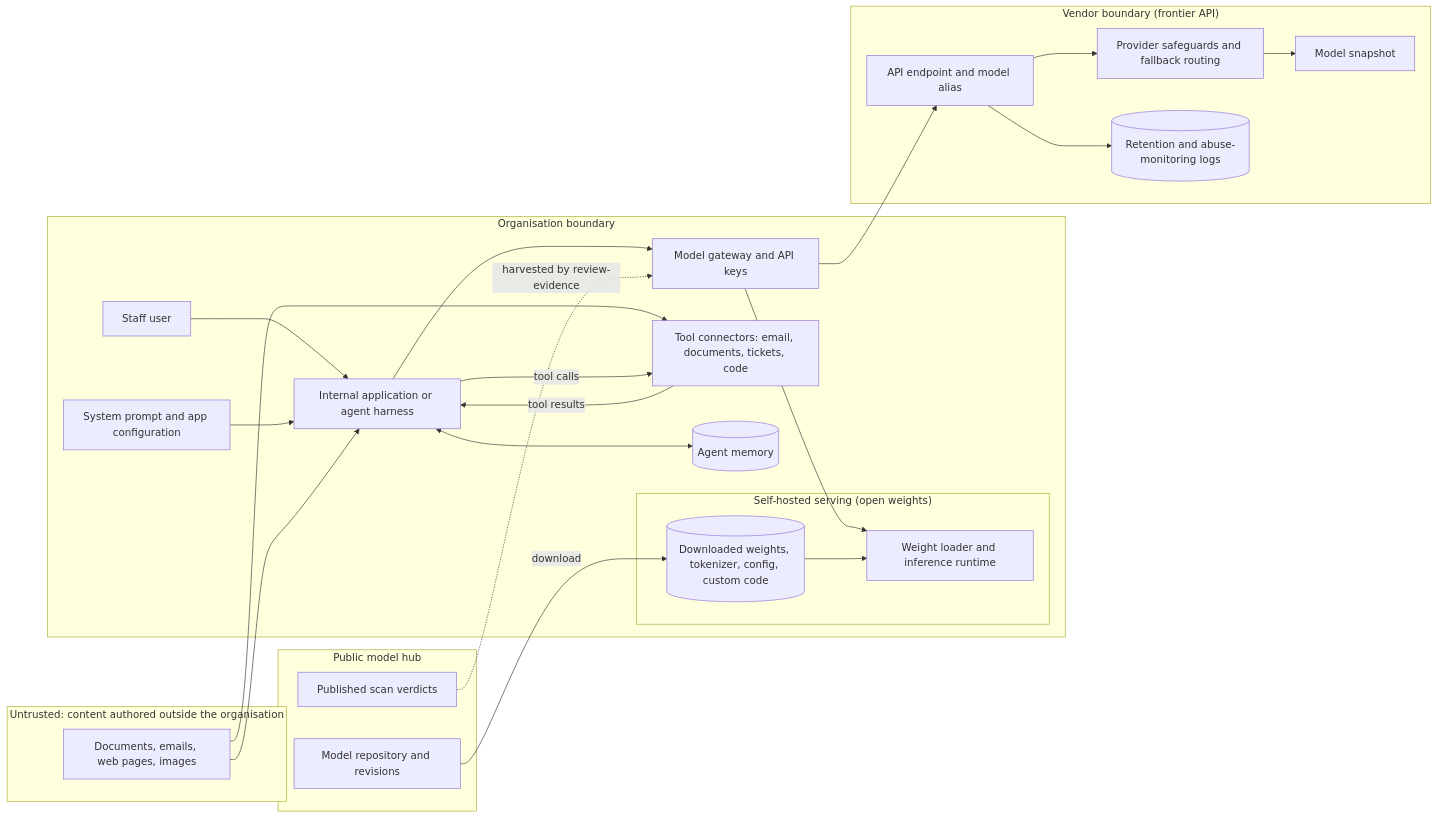
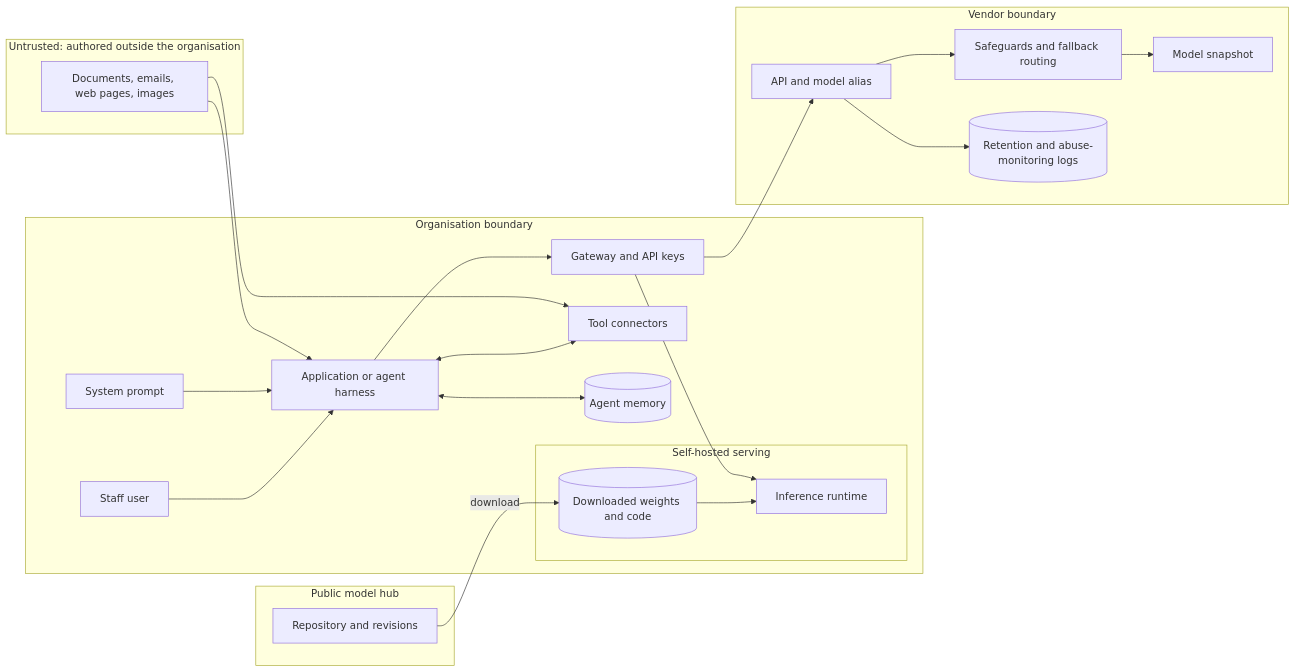
The diagram in threat-models/general-purpose-model.md (wtcooper/ai-security-evals), drawn with Mermaid before and after one commit. The commit also changed other lines of this file and 1 other file, not shown here.

First line of the commit message:
wip: threat-model drafts in progress

````diff
--- a/threat-models/general-purpose-model.md
+++ b/threat-models/general-purpose-model.md
@@ -95,43 +84,28 @@
 ```mermaid
 flowchart LR
-  subgraph EXT["Untrusted: content authored outside the organisation"]
+  subgraph EXT["Untrusted: authored outside the organisation"]
     DOCS["Documents, emails, web pages, images"]
   end
   subgraph ORG["Organisation boundary"]
-    USER["Staff user"]
-    APP["Internal application or agent harness"]
-    SP["System prompt and app configuration"]
-    TOOLS["Tool connectors: email, documents, tickets, code"]
-    MEM[("Agent memory")]
-    GW["Model gateway and API keys"]
-    subgraph SELF["Self-hosted serving (open weights)"]
-      LOAD["Weight loader and inference runtime"]
-      FILES[("Downloaded weights, tokenizer, config, custom code")]
+    USER["Staff user"] --> APP["Application or agent harness"]
+    SP["System prompt"] --> APP
+    APP <--> TOOLS["Tool connectors"]
+    APP <--> MEM[("Agent memory")]
+    APP --> GW["Gateway and API keys"]
+    subgraph SELF["Self-hosted serving"]
+      FILES[("Downloaded weights and code")] --> RUN["Inference runtime"]
     end
+    GW --> RUN
   end
-  subgraph VENDOR["Vendor boundary (frontier API)"]
-    API["API endpoint and model alias"]
-    SG["Provider safeguards and fallback routing"]
-    SNAP["Model snapshot"]
-    RET[("Retention and abuse-monitoring logs")]
+  subgraph VENDOR["Vendor boundary"]
+    API["API and model alias"] --> SG["Safeguards and fallback routing"] --> SNAP["Model snapshot"]
+    API --> RET[("Retention and abuse-monitoring logs")]
   end
   subgraph HUB["Public model hub"]
-    REPO["Model repository and revisions"]
-    SCAN["Published scan verdicts"]
+    REPO["Repository and revisions"]
   end
-  USER --> APP
-  SP --> APP
   DOCS --> APP
   DOCS --> TOOLS
-  TOOLS -->|tool results| APP
-  APP -->|tool calls| TOOLS
-  APP <--> MEM
-  APP --> GW
   GW --> API
-  API --> SG --> SNAP
-  API --> RET
-  GW --> LOAD
   REPO -->|download| FILES
-  FILES --> LOAD
-  SCAN -.->|harvested by review-evidence| GW
 ```
````
